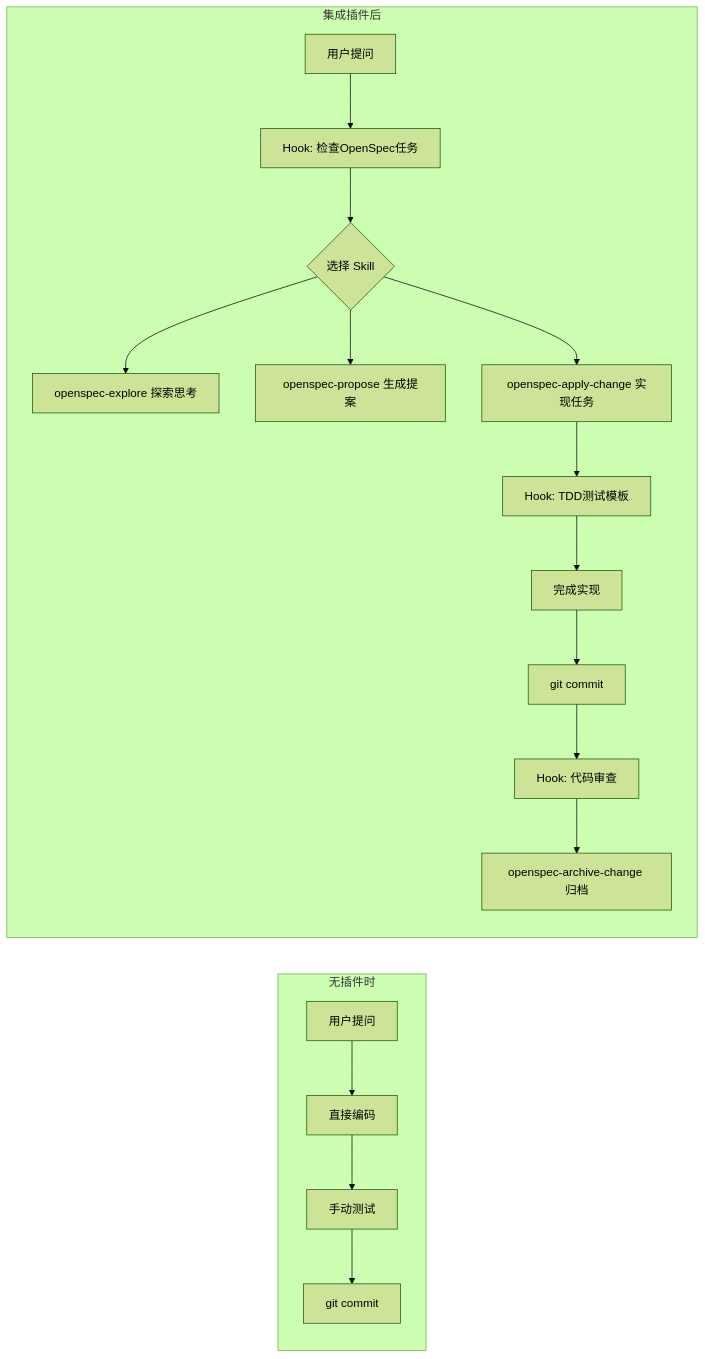
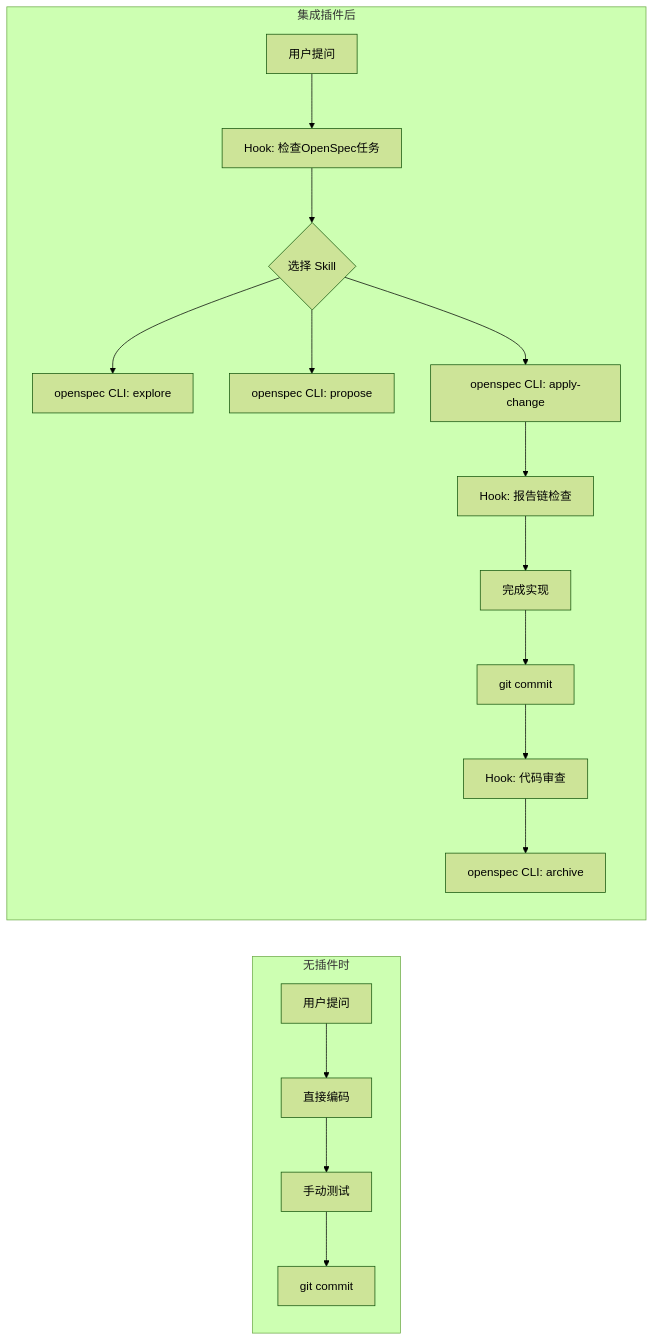
Before and after one commit to fisher-89/agent-plugins: the diagram in README.md, drawn with Mermaid (forest theme). The commit also changed other lines of this file and 15 other files, not shown here.

````diff
--- a/README.md
+++ b/README.md
@@ -7,21 +12,21 @@
 ```mermaid
 flowchart LR
     subgraph 无插件时
         A1[用户提问] --> A2[直接编码]
         A2 --> A3[手动测试]
         A3 --> A4[git commit]
     end
 
     subgraph 集成插件后
         B1[用户提问] --> B2[Hook: 检查OpenSpec任务]
         B2 --> B3{选择 Skill}
-        B3 --> B4[openspec-explore 探索思考]
-        B3 --> B5[openspec-propose 生成提案]
-        B3 --> B6[openspec-apply-change 实现任务]
-        B6 --> B7[Hook: TDD测试模板]
+        B3 --> B4[openspec CLI: explore]
+        B3 --> B5[openspec CLI: propose]
+        B3 --> B6[openspec CLI: apply-change]
+        B6 --> B7[Hook: 报告链检查]
         B7 --> B8[完成实现]
         B8 --> B9[git commit]
         B9 --> B10[Hook: 代码审查]
-        B10 --> B11[openspec-archive-change 归档]
+        B10 --> B11[openspec CLI: archive]
     end
 ```
````
